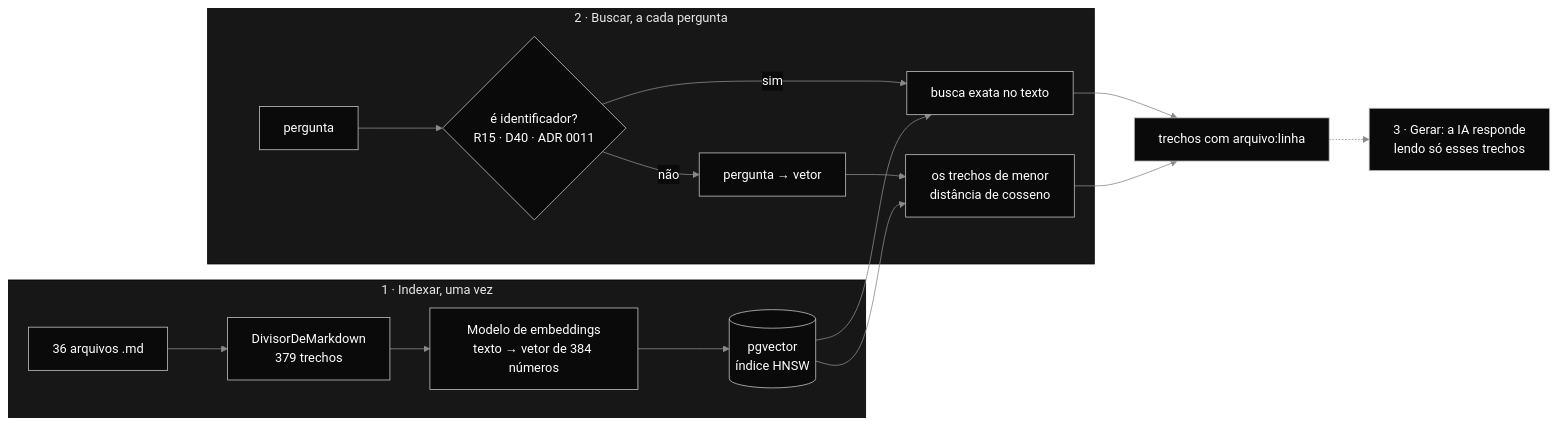
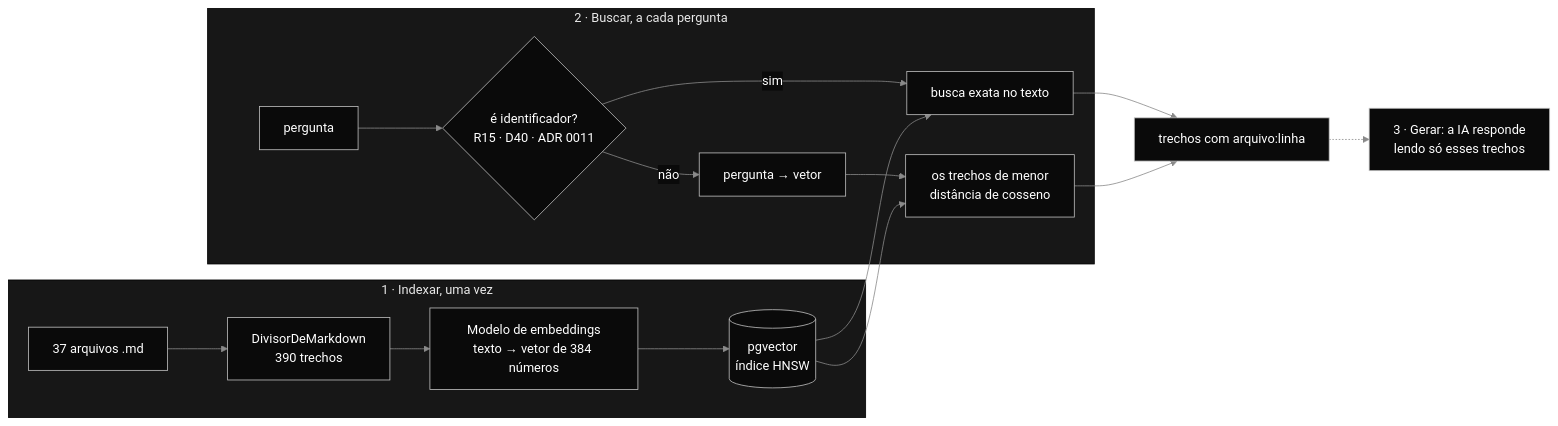
Before and after one commit to k3vinrich4rd/barbearia-altas-horas: the diagram in docs/ia/rag-vetorial.md, drawn with Mermaid. The commit also changed other lines of this file and 6 other files, not shown here.

````diff
--- a/docs/ia/rag-vetorial.md
+++ b/docs/ia/rag-vetorial.md
@@ -12,20 +12,20 @@
 ```mermaid
 %%{init: {'theme':'base','themeVariables':{'primaryColor':'#0A0A0A','primaryTextColor':'#FFFFFF','primaryBorderColor':'#C0C0C0','lineColor':'#8A8A8A','fontFamily':'Helvetica, Arial, sans-serif'}}}%%
 flowchart LR
     subgraph indexar [1 · Indexar, uma vez]
-        MD[36 arquivos .md] --> DIV[DivisorDeMarkdown<br/>379 trechos]
+        MD[37 arquivos .md] --> DIV[DivisorDeMarkdown<br/>390 trechos]
         DIV --> EMB1[Modelo de embeddings<br/>texto → vetor de 384 números]
         EMB1 --> PG[(pgvector<br/>índice HNSW)]
     end
     subgraph buscar [2 · Buscar, a cada pergunta]
         Q[pergunta] --> H{é identificador?<br/>R15 · D40 · ADR 0011}
         H -- sim --> EX[busca exata no texto]
         H -- não --> EMB2[pergunta → vetor]
         EMB2 --> COS[os trechos de menor<br/>distância de cosseno]
         PG --> EX
         PG --> COS
     end
     EX --> R[trechos com arquivo:linha]
     COS --> R
     R -.-> LLM[3 · Gerar: a IA responde<br/>lendo só esses trechos]
 ```
````
